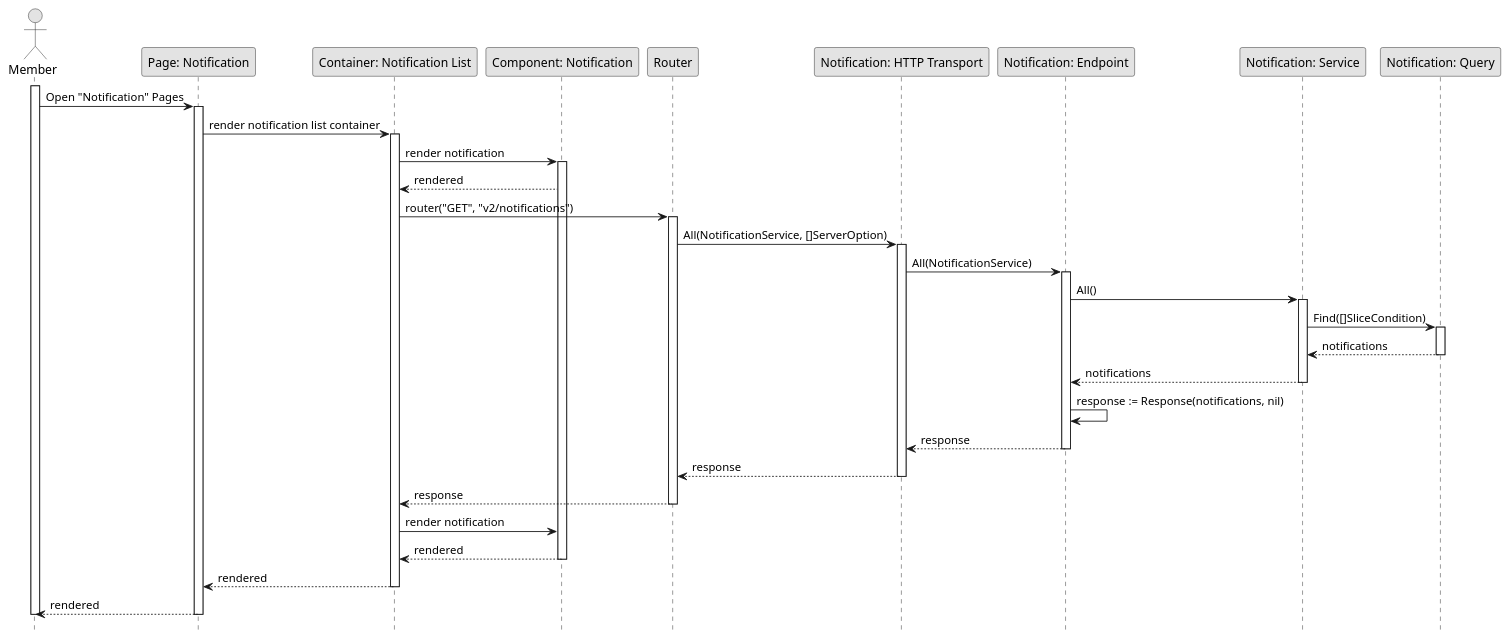
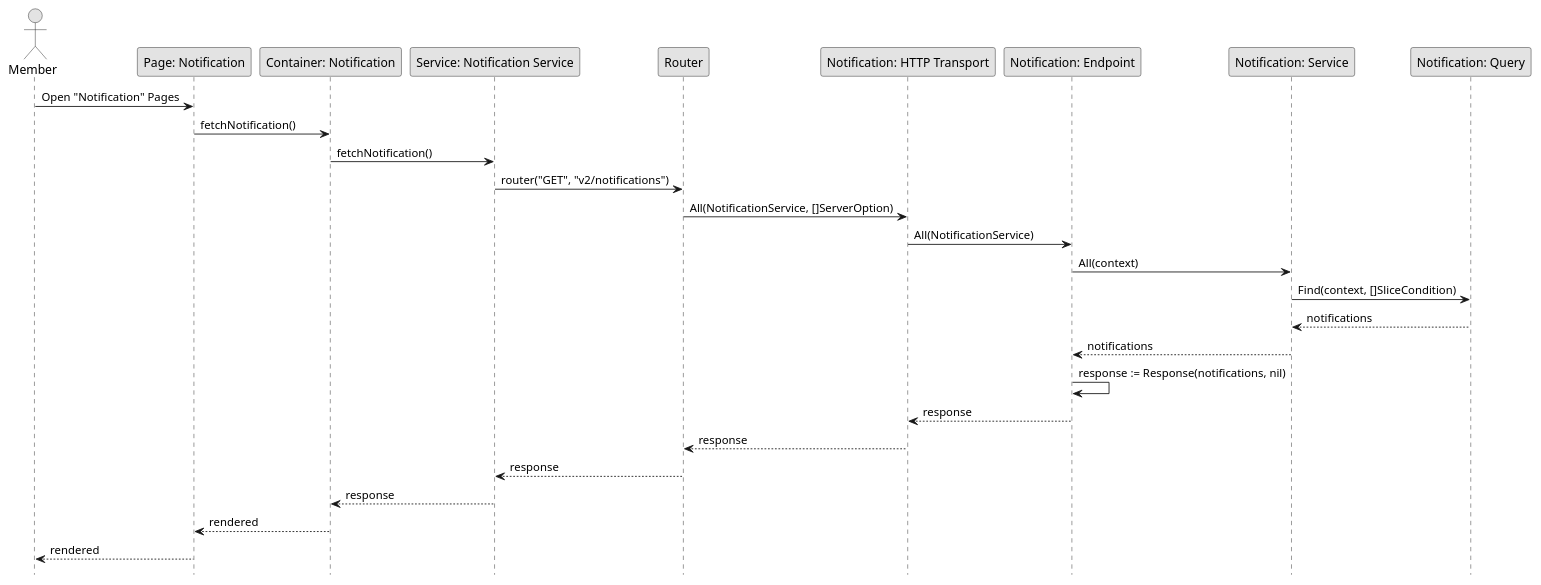
One commit to fwidjaya20/fazzlearning-uml changed the diagram in Sequence/Release04/GetNotification.wsd. Above: the diagram before and after it, drawn with PlantUML. The commit also changed 32 other files, not shown here.

```diff
--- a/Sequence/Release04/GetNotification.wsd
+++ b/Sequence/Release04/GetNotification.wsd
@@ -1,57 +1,35 @@
 @startuml GetNotification
 
 skinparam Monochrome true
 skinparam Shadowing false
 hide footbox
 
 actor Member
 participant "Page: Notification" as NotificationPage
-participant "Container: Notification List" as NotificationListContainer
-participant "Component: Notification" as NotificationComponent
+participant "Container: Notification" as NotificationContainer
+participant "Service: Notification Service" as FENotificationService
 participant "Router" as Router
 participant "Notification: HTTP Transport" as NotificationHTTPTransport
 participant "Notification: Endpoint" as NotificationEndpoint
 participant "Notification: Service" as NotificationService
 participant "Notification: Query" as NotificationQuery
 
-activate Member
-
 Member->NotificationPage: Open "Notification" Pages
-activate NotificationPage
-NotificationPage->NotificationListContainer: render notification list container
-activate NotificationListContainer
-NotificationListContainer->NotificationComponent: render notification
-activate NotificationComponent
-NotificationComponent-->NotificationListContainer: rendered
-NotificationListContainer->Router: router("GET", "v2/notifications")
-activate Router
+NotificationPage->NotificationContainer: fetchNotification()
+NotificationContainer->FENotificationService: fetchNotification()
+FENotificationService->Router: router("GET", "v2/notifications")
 Router->NotificationHTTPTransport: All(NotificationService, []ServerOption)
-activate NotificationHTTPTransport
 NotificationHTTPTransport->NotificationEndpoint: All(NotificationService)
-activate NotificationEndpoint
-NotificationEndpoint->NotificationService: All()
-activate NotificationService
-NotificationService->NotificationQuery: Find([]SliceCondition)
-activate NotificationQuery
+NotificationEndpoint->NotificationService: All(context)
+NotificationService->NotificationQuery: Find(context, []SliceCondition)
 NotificationQuery-->NotificationService: notifications
-deactivate NotificationQuery
 NotificationService-->NotificationEndpoint: notifications
-deactivate NotificationService
 NotificationEndpoint->NotificationEndpoint: response := Response(notifications, nil)
 NotificationEndpoint-->NotificationHTTPTransport: response
-deactivate NotificationEndpoint
 NotificationHTTPTransport-->Router: response
-deactivate NotificationHTTPTransport
-Router-->NotificationListContainer: response
-deactivate Router
-NotificationListContainer->NotificationComponent: render notification
-NotificationComponent-->NotificationListContainer: rendered
-deactivate NotificationComponent
-NotificationListContainer-->NotificationPage: rendered
-deactivate NotificationListContainer
+Router-->FENotificationService: response
+FENotificationService-->NotificationContainer: response
+NotificationContainer-->NotificationPage: rendered
 NotificationPage-->Member: rendered
-deactivate NotificationPage
-
-deactivate Member
 
 @enduml
```
